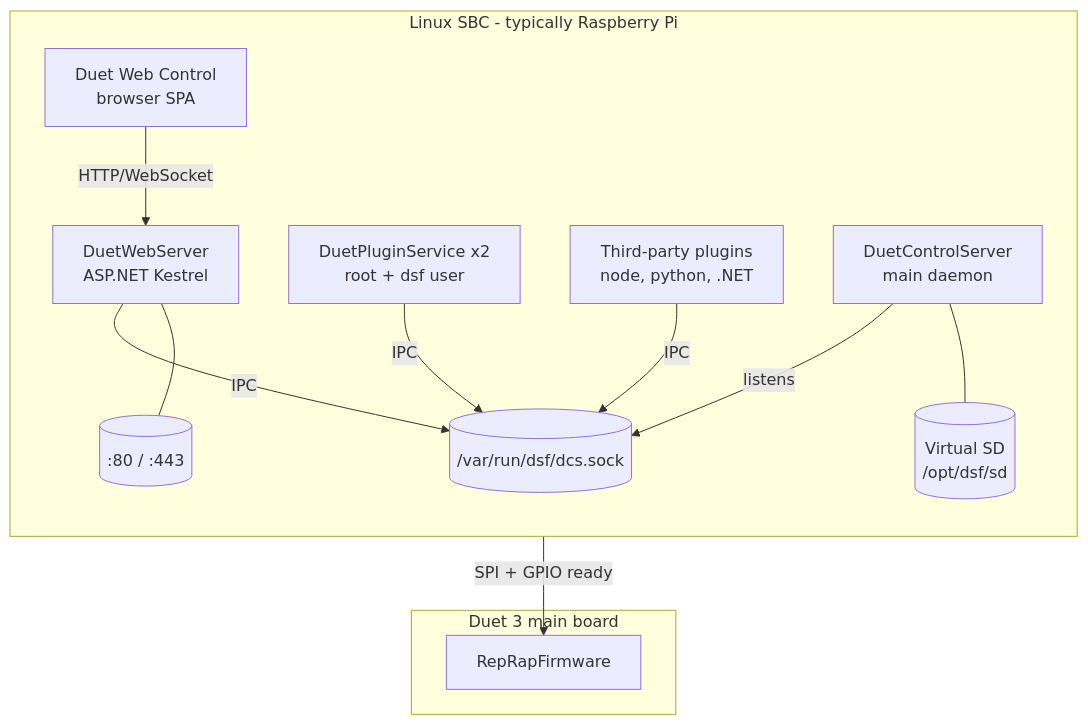
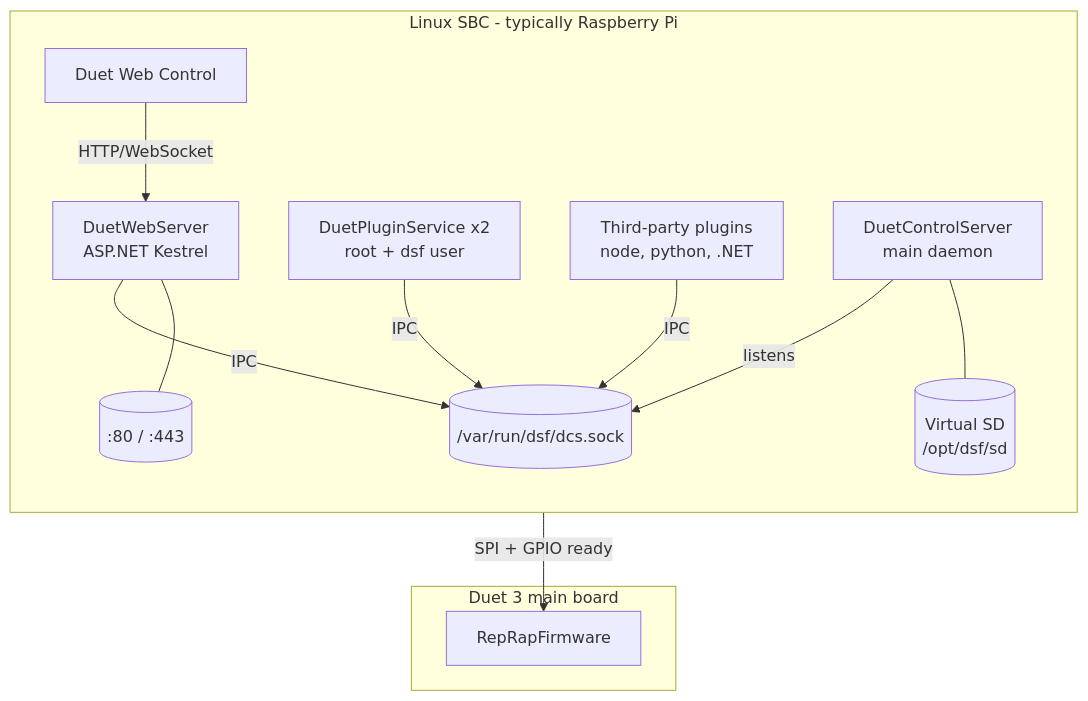
One commit to Duet3D/DuetSoftwareFramework changed the first of 6 diagrams in docs/devel/ARCHITECTURE.md. Above: the diagram before and after it, drawn with Mermaid. The commit also changed other lines of this file and 14 other files, not shown here.

Commit message:
docs: add more full architecture docs

````diff
--- a/docs/devel/ARCHITECTURE.md
+++ b/docs/devel/ARCHITECTURE.md
@@ -7,25 +7,25 @@
 ```mermaid
 flowchart TB
     subgraph SBC[Linux SBC - typically Raspberry Pi]
       direction TB
-      DWC[Duet Web Control<br/>browser SPA]
+      DWC[Duet Web Control]
       DWS[DuetWebServer<br/>ASP.NET Kestrel]
       DCS[DuetControlServer<br/>main daemon]
       DPS[DuetPluginService x2<br/>root + dsf user]
       Plugin[Third-party plugins<br/>node, python, .NET]
       VirtSD[(Virtual SD<br/>/opt/dsf/sd)]
       Sock[(/var/run/dsf/dcs.sock)]
       HTTP[(:80 / :443)]
       DWS -- IPC --> Sock
       DPS -- IPC --> Sock
       Plugin -- IPC --> Sock
       DCS -- listens --> Sock
       DCS --- VirtSD
       DWS --- HTTP
       DWC -- HTTP/WebSocket --> DWS
     end
     subgraph Duet[Duet 3 main board]
       RRF[RepRapFirmware]
     end
     DCS -- SPI + GPIO ready --> RRF
 ```
````
